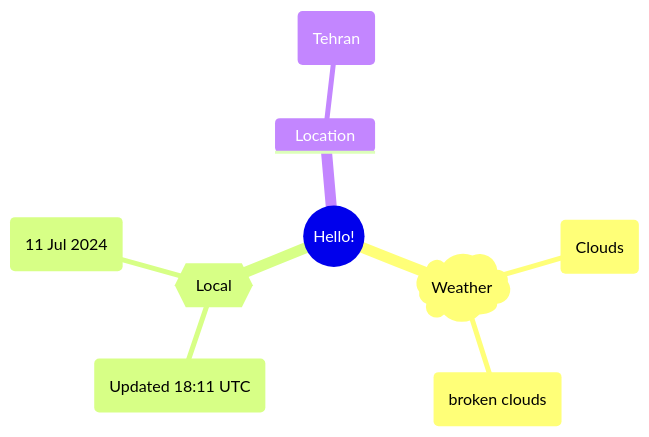
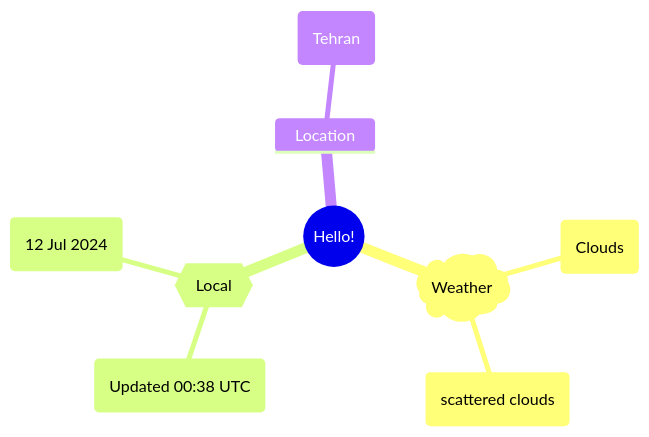
One commit to Xosrov/Xosrov changed the first of 2 diagrams in README.md. Above: the diagram before and after it, drawn with Mermaid.

Commit message:
[bot] updated images

````diff
--- a/README.md
+++ b/README.md
@@ -3,12 +3,12 @@
 ```mermaid
 mindmap
   root((Hello!))
     )Weather(
         (Clouds)
-        (broken clouds)
+        (scattered clouds)
     {{Local}}
-        (Updated 18:11 UTC)
-        (11 Jul 2024)
+        (Updated 00:38 UTC)
+        (12 Jul 2024)
     Location
         (Tehran)
 ```
````
